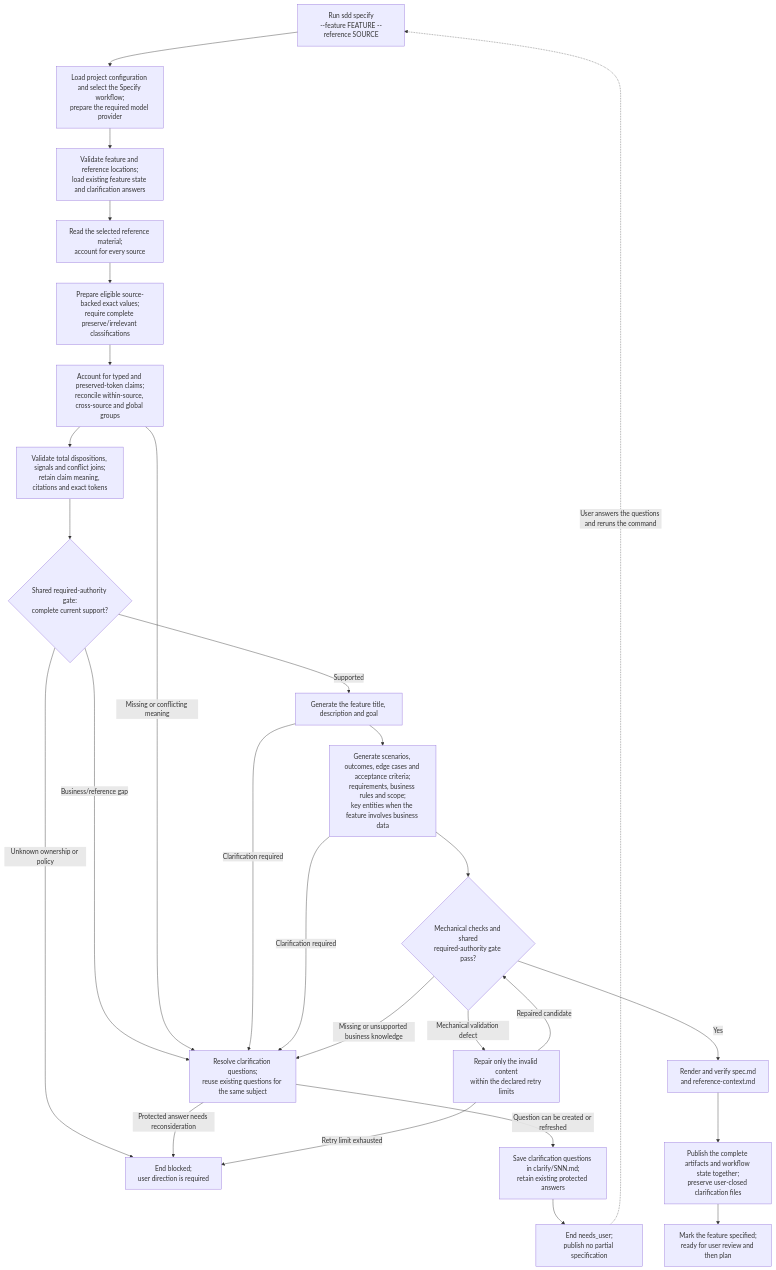
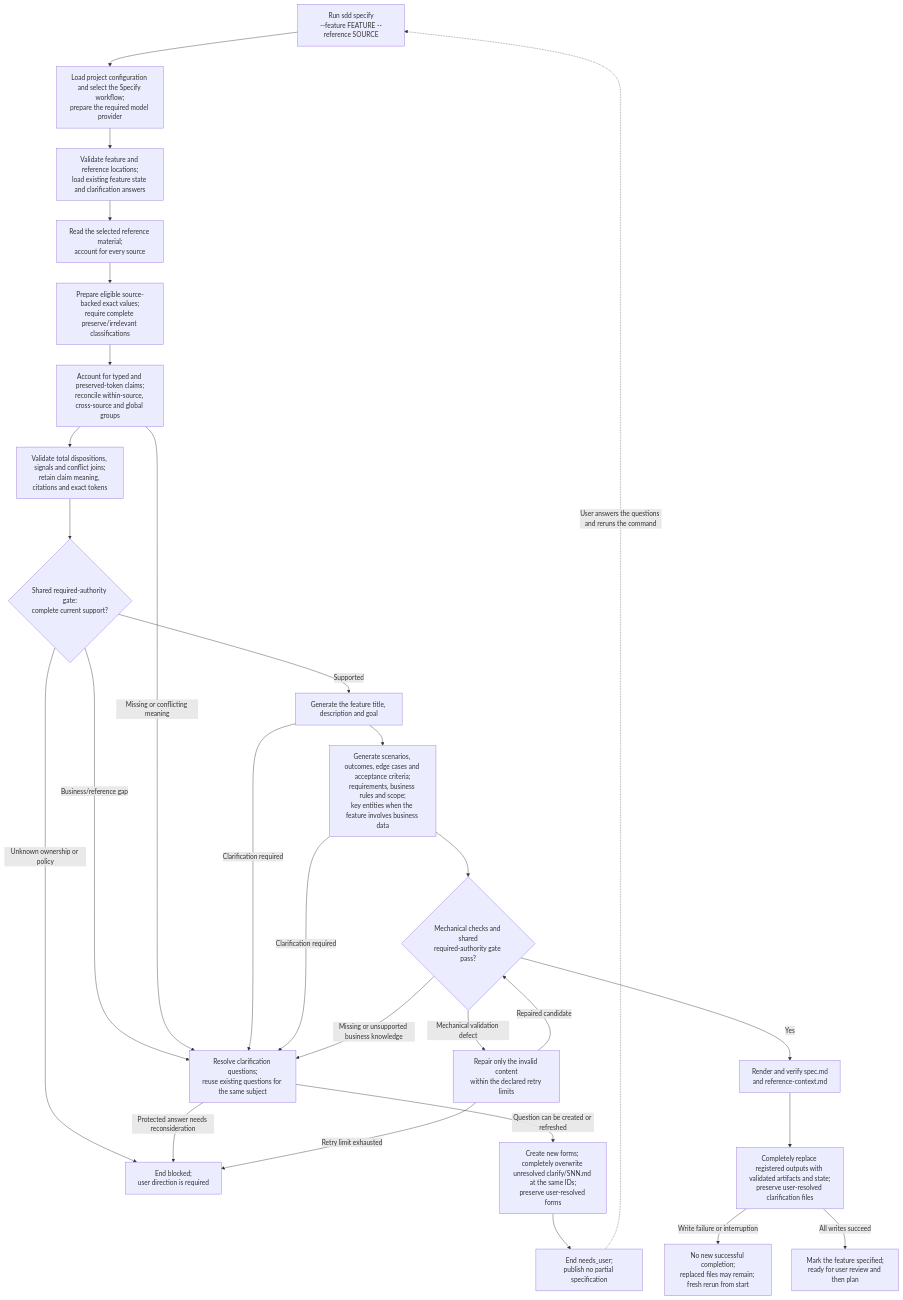
Before and after one commit to littledespot/sdde: the first of 2 diagrams in design/diagrams/10-spec-workflow.md, drawn with Mermaid. The commit also changed other lines of this file and 99 other files, not shown here.

````diff
--- a/design/diagrams/10-spec-workflow.md
+++ b/design/diagrams/10-spec-workflow.md
@@ -3,34 +3,35 @@
 ```mermaid
 flowchart TD
     START["Run sdd specify<br/>--feature FEATURE --reference SOURCE"]
     START --> SETUP["Load project configuration and select the Specify workflow;<br/>prepare the required model provider"]
     SETUP --> INPUTS["Validate feature and reference locations;<br/>load existing feature state and clarification answers"]
     INPUTS --> READ["Read the selected reference material;<br/>account for every source"]
     READ --> EXACT["Prepare eligible source-backed exact values;<br/>require complete preserve/irrelevant classifications"]
     EXACT --> UNDERSTAND["Account for typed and preserved-token claims;<br/>reconcile within-source, cross-source and global groups"]
     UNDERSTAND --> RECONCILED["Validate total dispositions, signals and conflict joins;<br/>retain claim meaning, citations and exact tokens"]
     RECONCILED --> AUTH{"Shared required-authority gate:<br/>complete current support?"}
     AUTH -->|Supported| BRIEF["Generate the feature title, description and goal"]
     AUTH -->|Business/reference gap| CLARIFY
     AUTH -->|Unknown ownership or policy| BLOCKED
     BRIEF --> SPEC["Generate scenarios, outcomes, edge cases and acceptance criteria;<br/>requirements, business rules and scope;<br/>key entities when the feature involves business data"]
     SPEC --> CHECK{"Mechanical checks and shared<br/>required-authority gate pass?"}
 
     CHECK -->|Yes| RENDER["Render and verify spec.md<br/>and reference-context.md"]
-    RENDER --> PUBLISH["Publish the complete artifacts and workflow state together;<br/>preserve user-closed clarification files"]
-    PUBLISH --> DONE["Mark the feature specified;<br/>ready for user review and then plan"]
+    RENDER --> PUBLISH["Completely replace registered outputs with validated artifacts and state;<br/>preserve user-resolved clarification files"]
+    PUBLISH -->|All writes succeed| DONE["Mark the feature specified;<br/>ready for user review and then plan"]
+    PUBLISH -->|Write failure or interruption| WRITEFAIL["No new successful completion;<br/>replaced files may remain; fresh rerun from start"]
 
     UNDERSTAND -->|Missing or conflicting meaning| CLARIFY
     BRIEF -->|Clarification required| CLARIFY
     SPEC -->|Clarification required| CLARIFY
     CHECK -->|Missing or unsupported business knowledge| CLARIFY
     CLARIFY["Resolve clarification questions;<br/>reuse existing questions for the same subject"]
     CLARIFY -->|Protected answer needs reconsideration| BLOCKED["End blocked;<br/>user direction is required"]
-    CLARIFY -->|Question can be created or refreshed| QUESTIONS["Save clarification questions in clarify/SNN.md;<br/>retain existing protected answers"]
+    CLARIFY -->|Question can be created or refreshed| QUESTIONS["Create new forms; completely overwrite unresolved clarify/SNN.md at the same IDs;<br/>preserve user-resolved forms"]
     QUESTIONS --> NEEDSUSER["End needs_user;<br/>publish no partial specification"]
     NEEDSUSER -. User answers the questions and reruns the command .-> START
 
     CHECK -->|Mechanical validation defect| REPAIR["Repair only the invalid content<br/>within the declared retry limits"]
     REPAIR -->|Repaired candidate| CHECK
     REPAIR -->|Retry limit exhausted| BLOCKED
 ```
````
